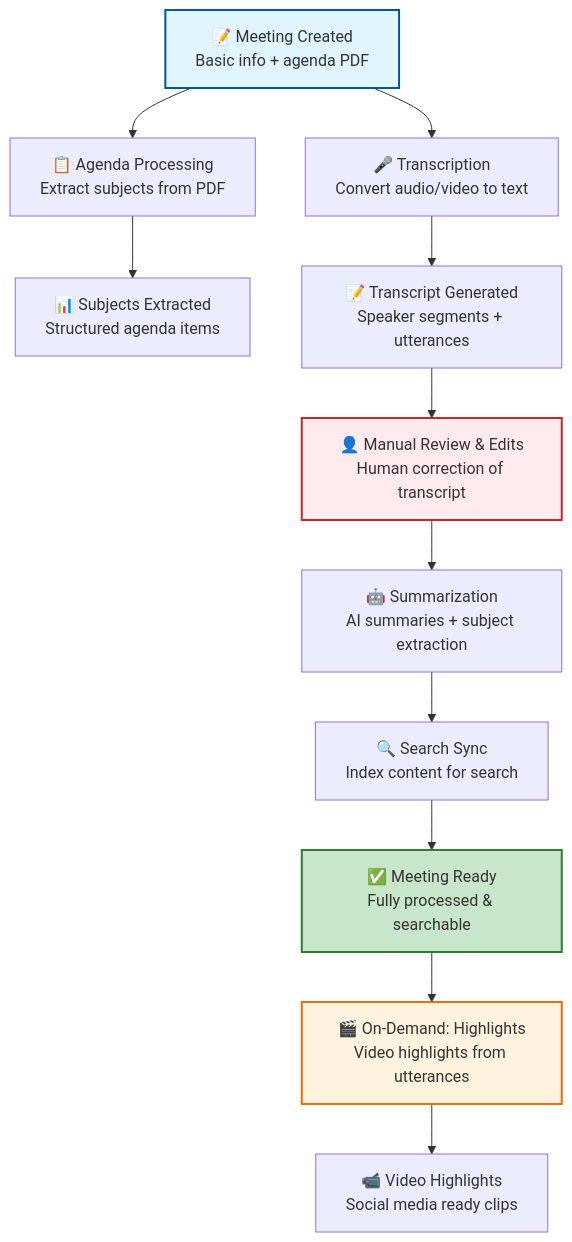
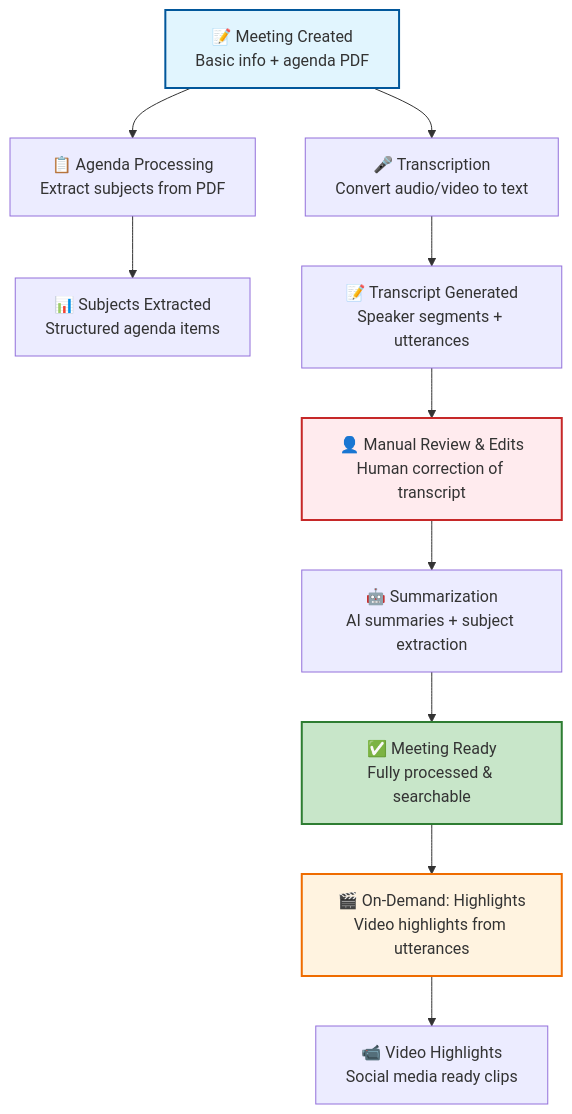
Before and after one commit to schemalabz/opencouncil: the first of 2 diagrams in docs/guides/meeting-lifecycle.md, drawn with Mermaid. The commit also changed other lines of this file and 1 other file, not shown here.

````diff
--- a/docs/guides/meeting-lifecycle.md
+++ b/docs/guides/meeting-lifecycle.md
@@ -22,23 +22,22 @@
 ```mermaid
 flowchart TD
     A[📝 Meeting Created<br/>Basic info + agenda PDF] --> B[📋 Agenda Processing<br/>Extract subjects from PDF]
     A --> C[🎤 Transcription<br/>Convert audio/video to text]
     
     B --> D[📊 Subjects Extracted<br/>Structured agenda items]
     C --> E[📝 Transcript Generated<br/>Speaker segments + utterances]
     
     E --> F[👤 Manual Review & Edits<br/>Human correction of transcript]
     F --> G[🤖 Summarization<br/>AI summaries + subject extraction]
     
-    G --> H[🔍 Search Sync<br/>Index content for search]
-    H --> I[✅ Meeting Ready<br/>Fully processed & searchable]
+    G --> I[✅ Meeting Ready<br/>Fully processed & searchable]
     
     I --> J[🎬 On-Demand: Highlights<br/>Video highlights from utterances]
     
     J --> L[📹 Video Highlights<br/>Social media ready clips]
     
     style A fill:#e1f5fe,stroke:#01579b,stroke-width:2px
     style I fill:#c8e6c9,stroke:#2e7d32,stroke-width:2px
     style J fill:#fff3e0,stroke:#ef6c00,stroke-width:2px
     style F fill:#ffebee,stroke:#c62828,stroke-width:2px
 ```
````
